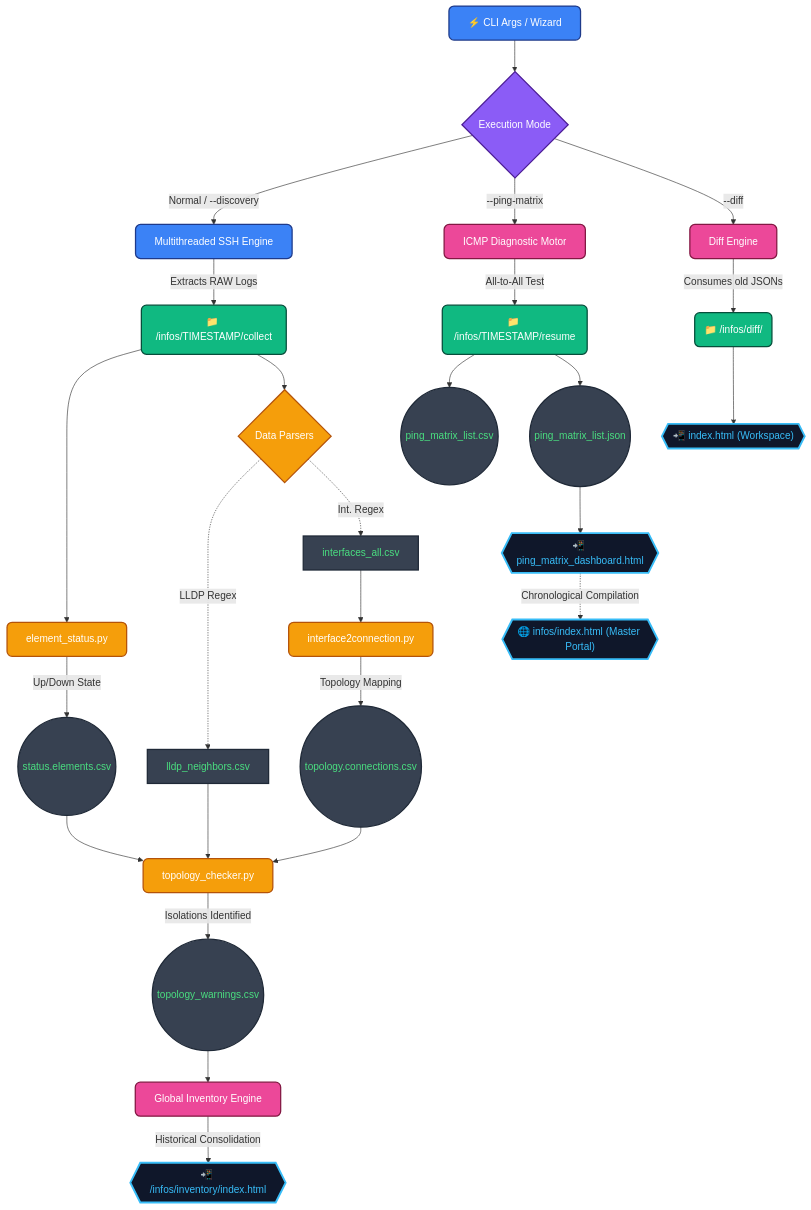
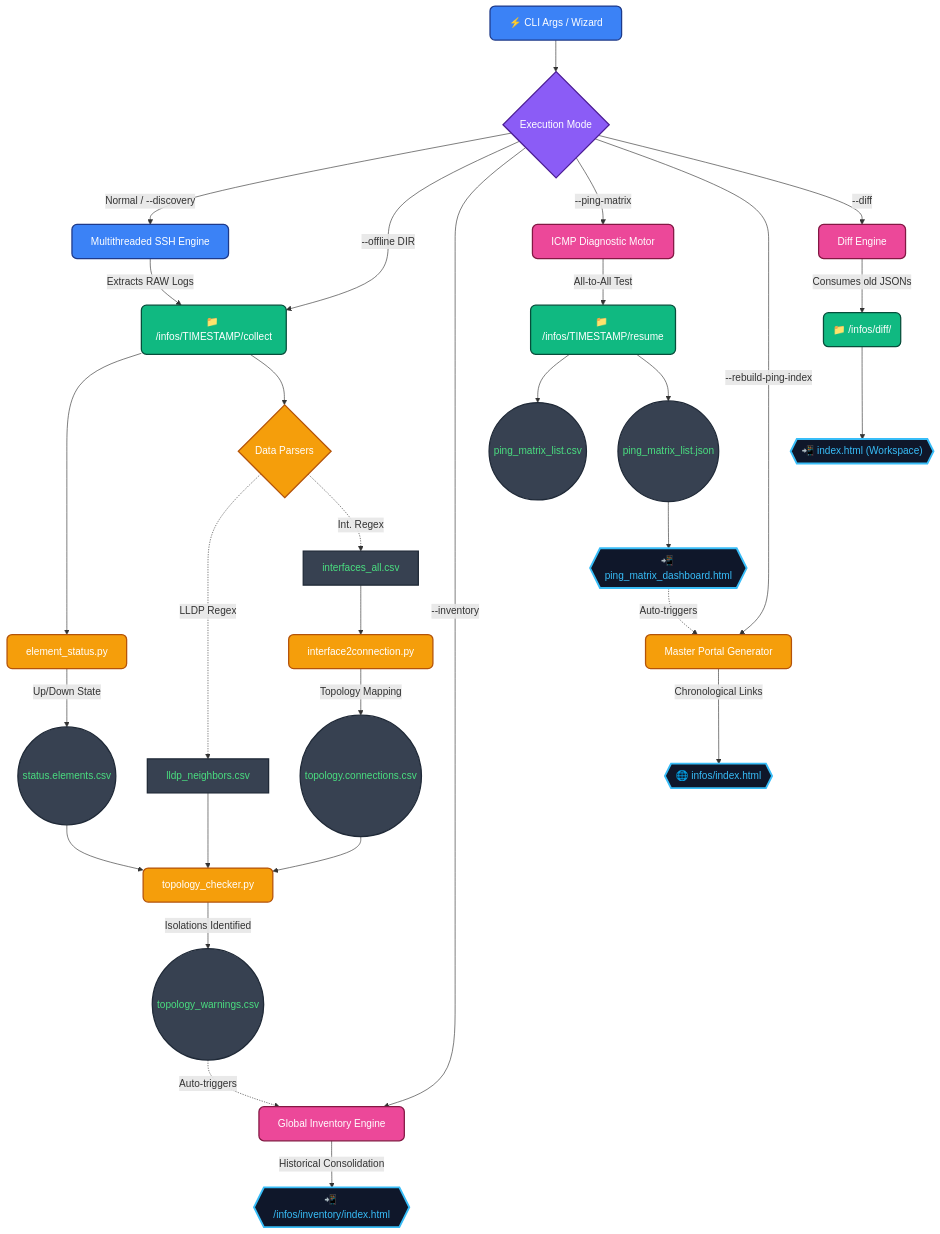
The diagram in README.md (flashbsb/network-data-extractor), drawn with Mermaid before and after one commit. The commit also changed 1 other file, not shown here.

Commit message:
Version 1.58.1

````diff
--- a/README.md
+++ b/README.md
@@ -30,49 +30,58 @@
 ```mermaid
 graph TD
     %% Styling Definitions
     classDef mainEngine fill:#3b82f6,stroke:#1e3a8a,stroke-width:2px,color:#fff,rx:8px,ry:8px;
     classDef branch fill:#8b5cf6,stroke:#4c1d95,stroke-width:2px,color:#fff,rx:8px,ry:8px;
     classDef module fill:#f59e0b,stroke:#b45309,stroke-width:2px,color:#fff,rx:8px,ry:8px;
     classDef pingmod fill:#ec4899,stroke:#831843,stroke-width:2px,color:#fff,rx:8px,ry:8px;
     classDef folder fill:#10b981,stroke:#064e3b,stroke-width:2px,color:#fff,rx:8px,ry:8px;
     classDef csvout fill:#374151,stroke:#1f2937,stroke-width:2px,color:#4ade80;
     classDef htmldash fill:#0f172a,stroke:#38bdf8,stroke-width:3px,color:#38bdf8;
 
     %% Entry
     A["⚡ CLI Args / Wizard"]:::mainEngine --> B{Execution Mode}:::branch
     
     %% Branch 1: Normal Extraction
     B -->|Normal / --discovery| C[Multithreaded SSH Engine]:::mainEngine
     C -->|"Extracts RAW Logs"| D("📁 /infos/TIMESTAMP/collect"):::folder
     
+    %% Branch 2: Offline Parsing
+    B -->|--offline DIR| D
+    
     D --> E[element_status.py]:::module
     E -->|"Up/Down State"| F(("status.elements.csv")):::csvout
     
     D --> G{Data Parsers}:::module
     G -.->|LLDP Regex| H["lldp_neighbors.csv"]:::csvout
     G -.->|Int. Regex| I["interfaces_all.csv"]:::csvout
     
     I --> J[interface2connection.py]:::module
     J -->|"Topology Mapping"| K(("topology.connections.csv")):::csvout
     
     K --> L[topology_checker.py]:::module
     H --> L
     F --> L
     L -->|"Isolations Identified"| M(("topology_warnings.csv")):::csvout
 
-    M --> INVENT[Global Inventory Engine]:::pingmod
+    %% Global Inventory Dashboard
+    M -.->|"Auto-triggers"| INVENT
+    B -->|--inventory| INVENT[Global Inventory Engine]:::pingmod
     INVENT -->|"Historical Consolidation"| INVENTOUT{{"📲 /infos/inventory/index.html"}}:::htmldash
 
-    %% Branch 2: Ping Matrix
+    %% Branch 3: Ping Matrix
     B -->|--ping-matrix| P[ICMP Diagnostic Motor]:::pingmod
     P -->|"All-to-All Test"| Q("📁 /infos/TIMESTAMP/resume"):::folder
     Q --> R(("ping_matrix_list.csv")):::csvout
     Q --> S(("ping_matrix_list.json")):::csvout
     S --> T{{"📲 ping_matrix_dashboard.html"}}:::htmldash
-    T -.->|"Chronological Compilation"| U{{"🌐 infos/index.html (Master Portal)"}}:::htmldash
+    
+    %% Ping Matrix Master Portal
+    T -.->|"Auto-triggers"| U
+    B -->|--rebuild-ping-index| U[Master Portal Generator]:::module
+    U -->|"Chronological Links"| UOUT{{"🌐 infos/index.html"}}:::htmldash
 
-    %% Branch 3: Drift Analysis
+    %% Branch 4: Drift Analysis
     B -->|--diff| V[Diff Engine]:::pingmod
     V -->|"Consumes old JSONs"| W("📁 /infos/diff/"):::folder
     W --> X{{"📲 index.html (Workspace)"}}:::htmldash
 ```
````
